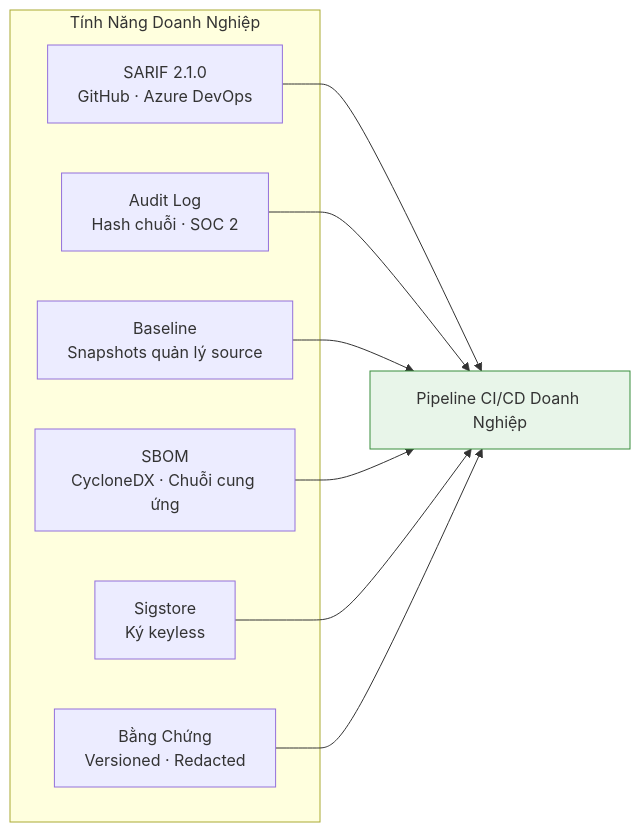
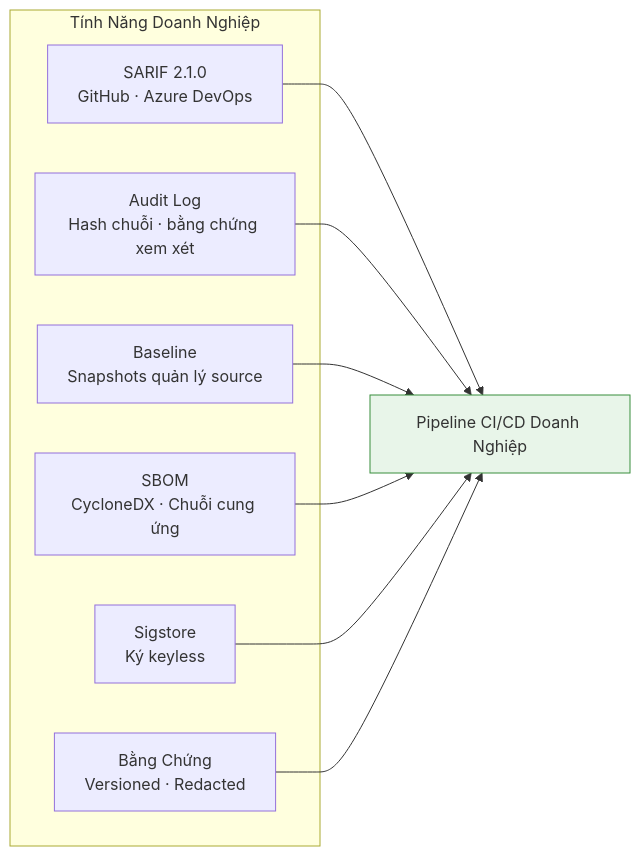
One commit to thanhnt-sm/eco_support_net_oracle changed the fifth of 8 diagrams in docs/02-architecture/design-philosophy.vi.md. Above: the diagram before and after it, drawn with Mermaid. The commit also changed other lines of this file and 98 other files, not shown here.

````diff
--- a/docs/02-architecture/design-philosophy.vi.md
+++ b/docs/02-architecture/design-philosophy.vi.md
@@ -178,15 +178,15 @@
 ```mermaid
 flowchart LR
     subgraph "Tính Năng Doanh Nghiệp"
         A["SARIF 2.1.0<br/>GitHub · Azure DevOps"]
-        B["Audit Log<br/>Hash chuỗi · SOC 2"]
+        B["Audit Log<br/>Hash chuỗi · bằng chứng xem xét"]
         C["Baseline<br/>Snapshots quản lý source"]
         D["SBOM<br/>CycloneDX · Chuỗi cung ứng"]
         E["Sigstore<br/>Ký keyless"]
         F["Bằng Chứng<br/>Versioned · Redacted"]
     end
 
     A & B & C & D & E & F --> G["Pipeline CI/CD Doanh Nghiệp"]
 
     style G fill:#e8f5e9,stroke:#388e3c
 ```
````
